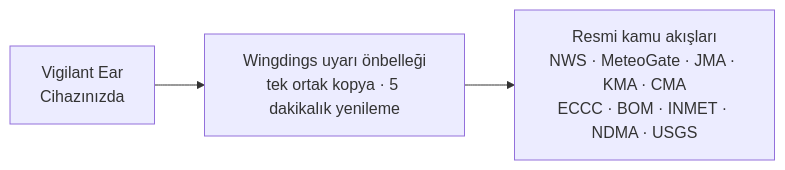
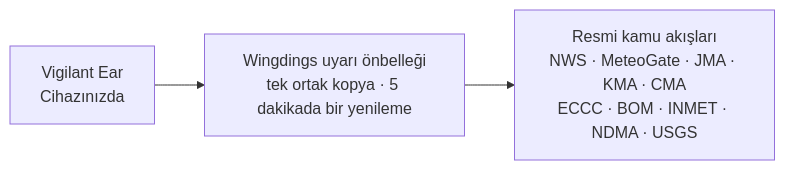
Before and after one commit to rpalm01-star/VigilantEarLegal: the fourth of 4 diagrams in README_tr.md, drawn with Mermaid. The commit also changed other lines of this file and 29 other files, not shown here.

````diff
--- a/README_tr.md
+++ b/README_tr.md
@@ -169,5 +171,5 @@
 ```mermaid
 graph LR
-    P1["Vigilant Ear<br/>Cihazınızda"] --> W["Wingdings uyarı önbelleği<br/>tek ortak kopya · 5 dakikalık yenileme"]
+    P1["Vigilant Ear<br/>Cihazınızda"] --> W["Wingdings uyarı önbelleği<br/>tek ortak kopya · 5 dakikada bir yenileme"]
     W --> N["Resmi kamu akışları<br/>NWS · MeteoGate · JMA · KMA · CMA<br/>ECCC · BOM · INMET · NDMA · USGS"]
 ```
````
